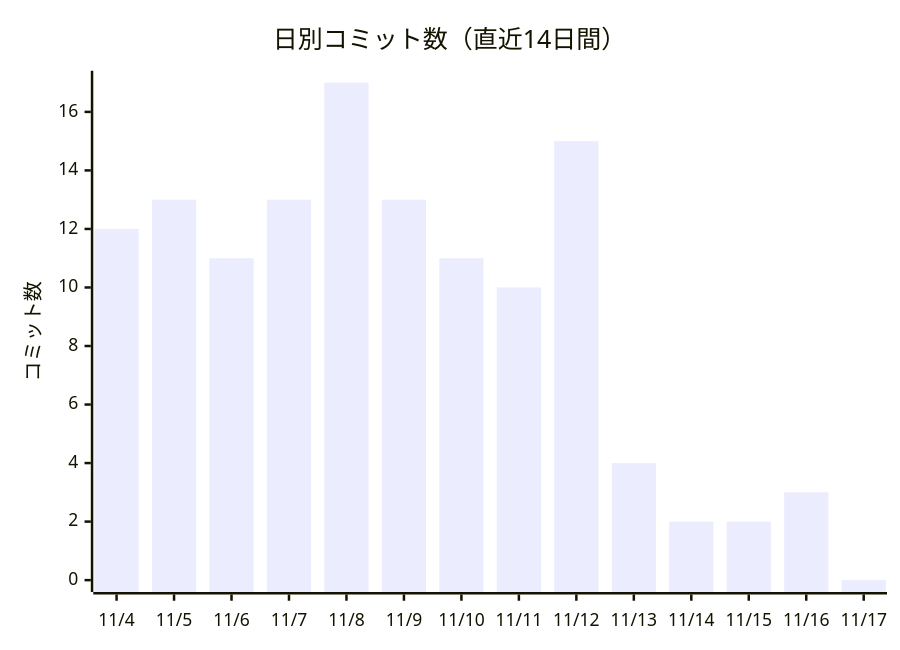
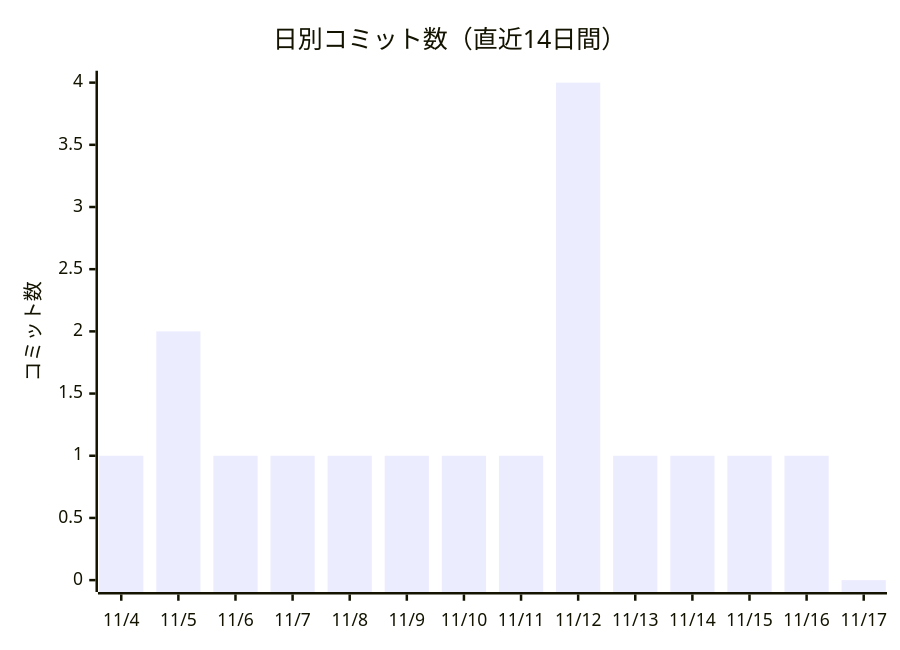
Before and after one commit to non-x2/non-x2: the first of 2 diagrams in docs/進化レポート.md, drawn with Mermaid. The commit also changed other lines of this file and 1 other file, not shown here.

````diff
--- a/docs/進化レポート.md
+++ b/docs/進化レポート.md
@@ -25,7 +25,7 @@
 ```mermaid
 xychart-beta
     title "日別コミット数（直近14日間）"
     x-axis ["11/4", "11/5", "11/6", "11/7", "11/8", "11/9", "11/10", "11/11", "11/12", "11/13", "11/14", "11/15", "11/16", "11/17"]
     y-axis "コミット数"
-    bar [12, 13, 11, 13, 17, 13, 11, 10, 15, 4, 2, 2, 3, 0]
+    bar [1, 2, 1, 1, 1, 1, 1, 1, 4, 1, 1, 1, 1, 0]
 ```
````
